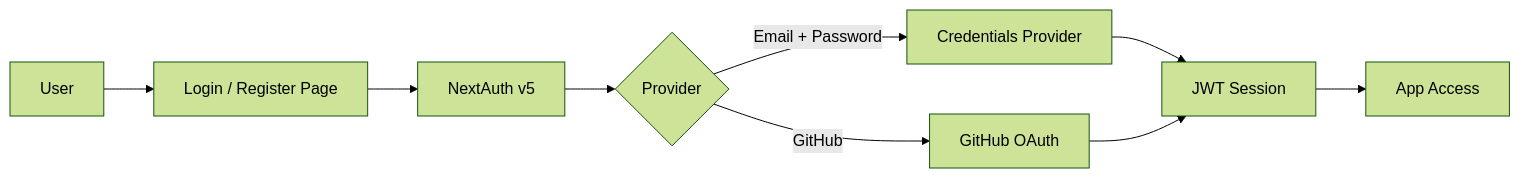
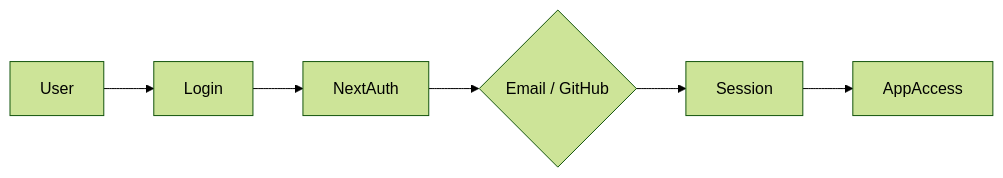
The second of 3 diagrams in contex/project-overview.md (emines0/devstash), drawn with Mermaid (forest theme) before and after one commit. The commit also changed other lines of this file and 3 other files, not shown here.

````diff
--- a/contex/project-overview.md
+++ b/contex/project-overview.md
@@ -298,11 +265,8 @@
 ```mermaid
 flowchart LR
-    A[User] --> B[Login / Register Page]
-    B --> C[NextAuth v5]
-    C --> D{Provider}
-    D -->|Email + Password| E[Credentials Provider]
-    D -->|GitHub| F[GitHub OAuth]
-    E --> G[JWT Session]
-    F --> G
-    G --> H[App Access]
+  User --> Login
+  Login --> NextAuth
+  NextAuth --> Providers{Email / GitHub}
+  Providers --> Session
+  Session --> AppAccess
 ```
````
